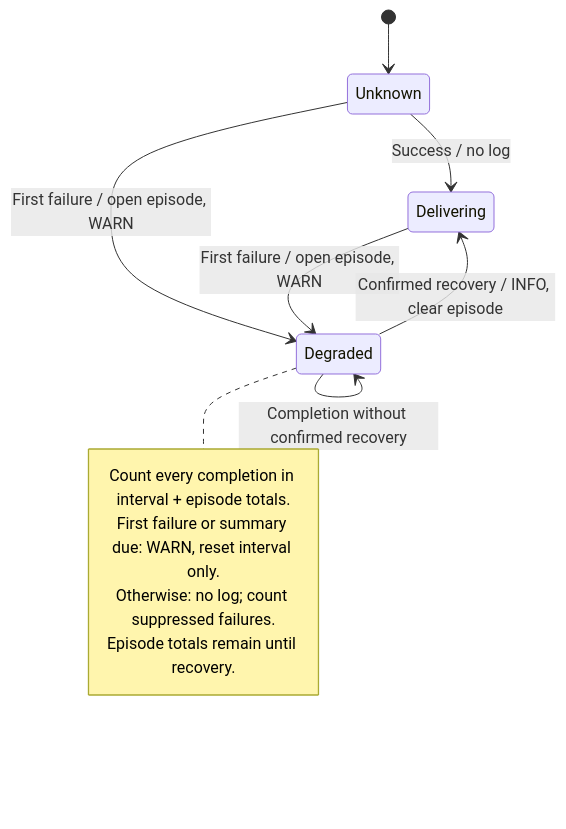
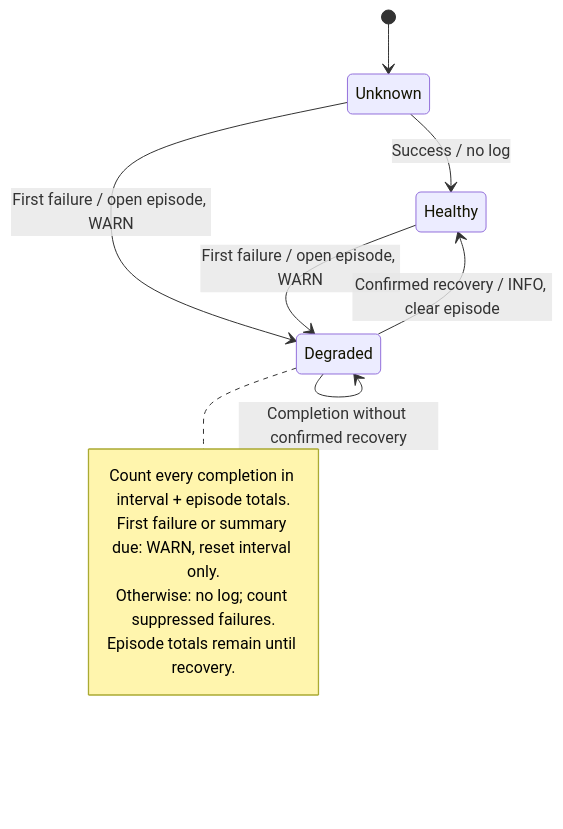
One commit to open-telemetry/otel-arrow changed the diagram in rust/otap-dataflow/docs/telemetry/events-guide.md. Above: the diagram before and after it, drawn with Mermaid. The commit also changed other lines of this file and 4 other files, not shown here.

````diff
--- a/rust/otap-dataflow/docs/telemetry/events-guide.md
+++ b/rust/otap-dataflow/docs/telemetry/events-guide.md
@@ -396,18 +382,18 @@
 ```mermaid
 stateDiagram-v2
     [*] --> Unknown
 
-    Unknown --> Delivering: Success / no log
+    Unknown --> Healthy: Success / no log
     Unknown --> Degraded: First failure / open episode, WARN
-    Delivering --> Degraded: First failure / open episode, WARN
+    Healthy --> Degraded: First failure / open episode, WARN
 
     Degraded --> Degraded: Completion without confirmed recovery
-    Degraded --> Delivering: Confirmed recovery / INFO, clear episode
+    Degraded --> Healthy: Confirmed recovery / INFO, clear episode
 
     note right of Degraded
         Count every completion in interval + episode totals.
         First failure or summary due: WARN, reset interval only.
         Otherwise: no log; count suppressed failures.
         Episode totals remain until recovery.
     end note
 ```
````
